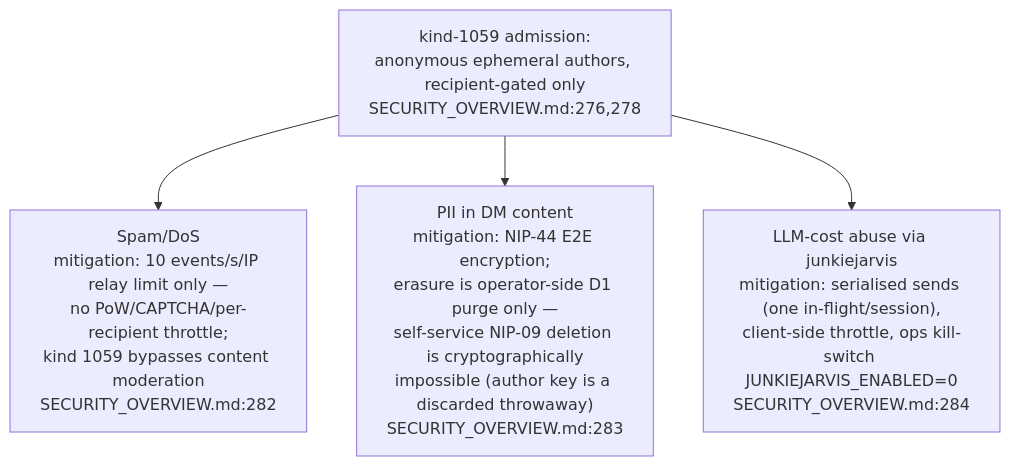
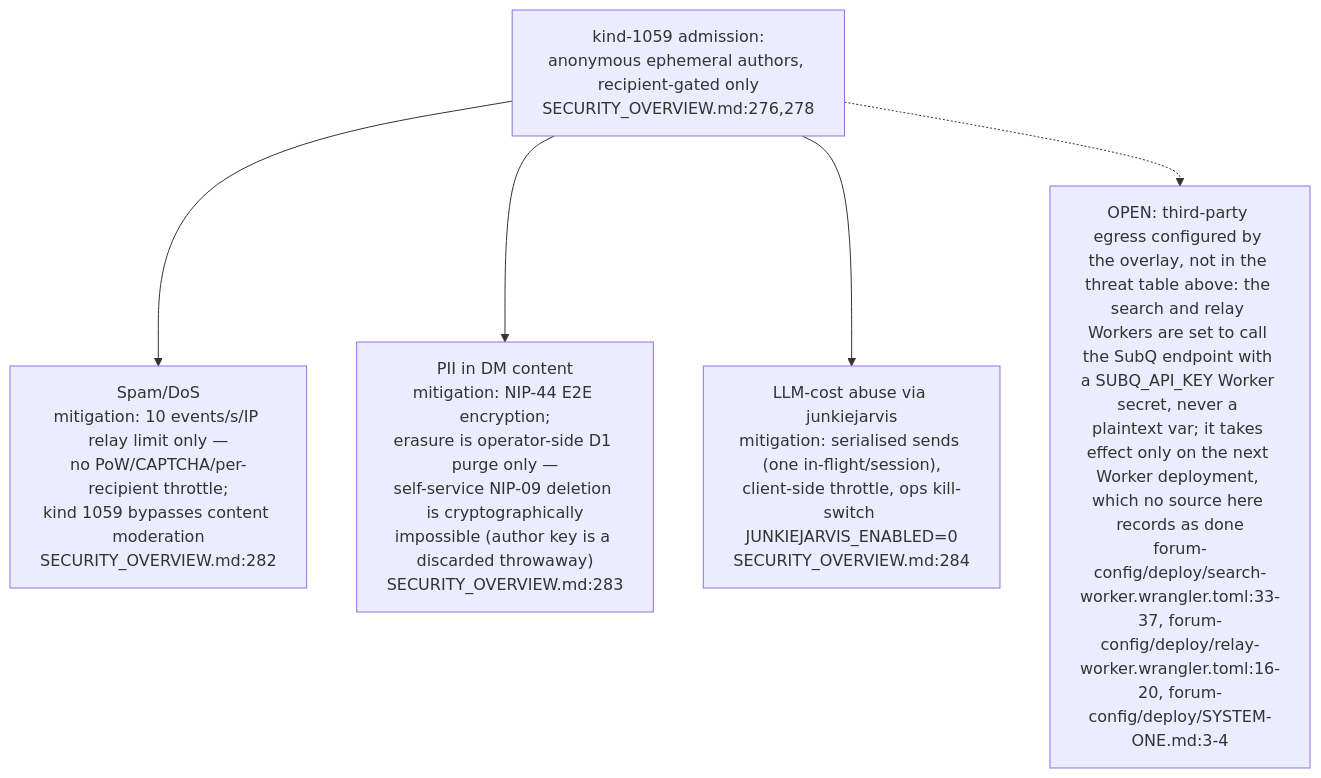
One commit to DreamLab-AI/VisionFlow changed the fourth of 7 diagrams in docs/diagrams/dreamlab-ai-website/04-identity-zones-and-security-posture.md. Above: the diagram before and after it, drawn with Mermaid. The commit also changed other lines of this file and 145 other files, not shown here.

````diff
--- a/docs/diagrams/dreamlab-ai-website/04-identity-zones-and-security-posture.md
+++ b/docs/diagrams/dreamlab-ai-website/04-identity-zones-and-security-posture.md
@@ -84,6 +86,7 @@
 ```mermaid
 flowchart TB
     SURFACE["kind-1059 admission:<br/>anonymous ephemeral authors, recipient-gated only<br/>SECURITY_OVERVIEW.md:276,278"] --> T1["Spam/DoS<br/>mitigation: 10 events/s/IP relay limit only —<br/>no PoW/CAPTCHA/per-recipient throttle;<br/>kind 1059 bypasses content moderation<br/>SECURITY_OVERVIEW.md:282"]
     SURFACE --> T2["PII in DM content<br/>mitigation: NIP-44 E2E encryption;<br/>erasure is operator-side D1 purge only —<br/>self-service NIP-09 deletion is cryptographically<br/>impossible (author key is a discarded throwaway)<br/>SECURITY_OVERVIEW.md:283"]
     SURFACE --> T3["LLM-cost abuse via junkiejarvis<br/>mitigation: serialised sends (one in-flight/session),<br/>client-side throttle, ops kill-switch JUNKIEJARVIS_ENABLED=0<br/>SECURITY_OVERVIEW.md:284"]
+    SURFACE -.-> T4["OPEN: third-party egress configured by the overlay, not in the threat table above: the search and relay Workers are set to call the SubQ endpoint with a SUBQ_API_KEY Worker secret, never a plaintext var; it takes effect only on the next Worker deployment, which no source here records as done<br/>forum-config/deploy/search-worker.wrangler.toml:33-37, forum-config/deploy/relay-worker.wrangler.toml:16-20, forum-config/deploy/SYSTEM-ONE.md:3-4"]
 ```
````
